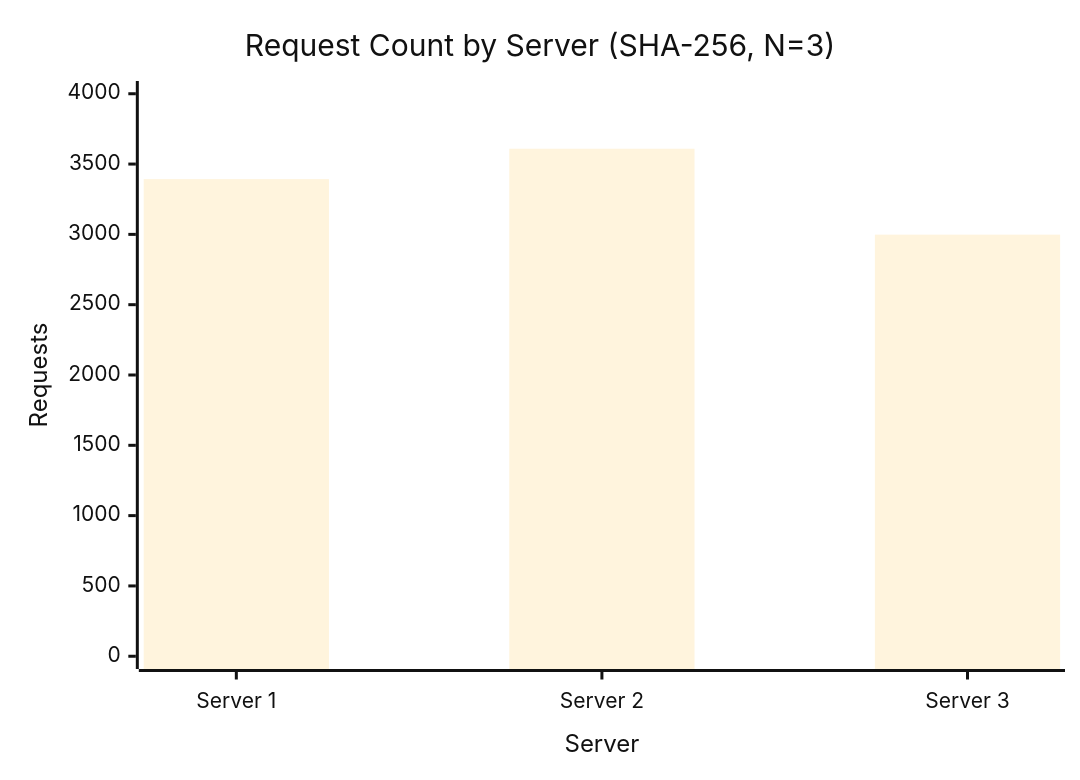
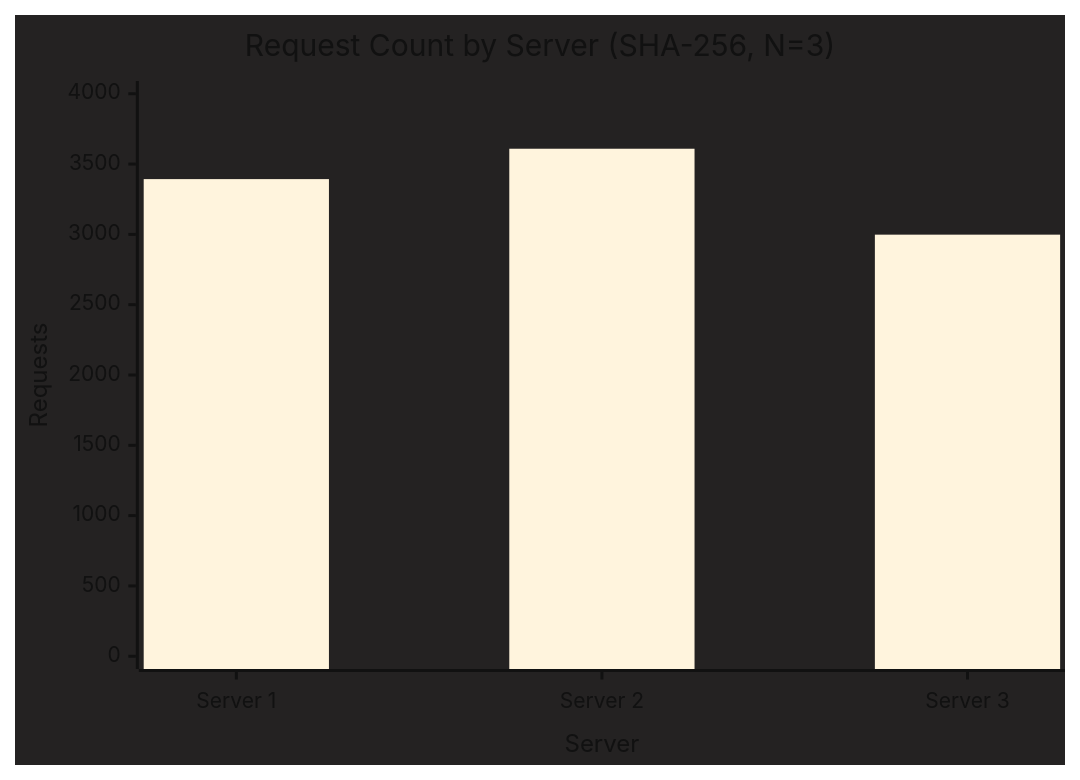
The first of 4 diagrams in README.md (AmyMugeni/LoadBalancer), drawn with Mermaid before and after one commit. The commit also changed other lines of this file, not shown here.

Commit message:
dark background

````diff
--- a/README.md
+++ b/README.md
@@ -304,8 +304,8 @@
 ```mermaid
-%%{init: {'theme': 'base', 'themeVariables': { 'background': '#ffffff', 'primaryColor': '#0b2a6f', 'primaryBorderColor': '#081f52', 'primaryTextColor': '#111111', 'lineColor': '#0b2a6f', 'fontSize': '16px' }}}%%
+%%{init: {'theme': 'base', 'themeVariables': { 'background': '#242222', 'primaryColor': '#0b2a6f', 'primaryBorderColor': '#081f52', 'primaryTextColor': '#111111', 'lineColor': '#0b2a6f', 'fontSize': '16px' }}}%%
 xychart-beta
   title "Request Count by Server (SHA-256, N=3)"
   x-axis "Server" ["Server 1", "Server 2", "Server 3"]
   y-axis "Requests" 0 --> 4000
   bar [3393, 3609, 2998]
 ```
````
